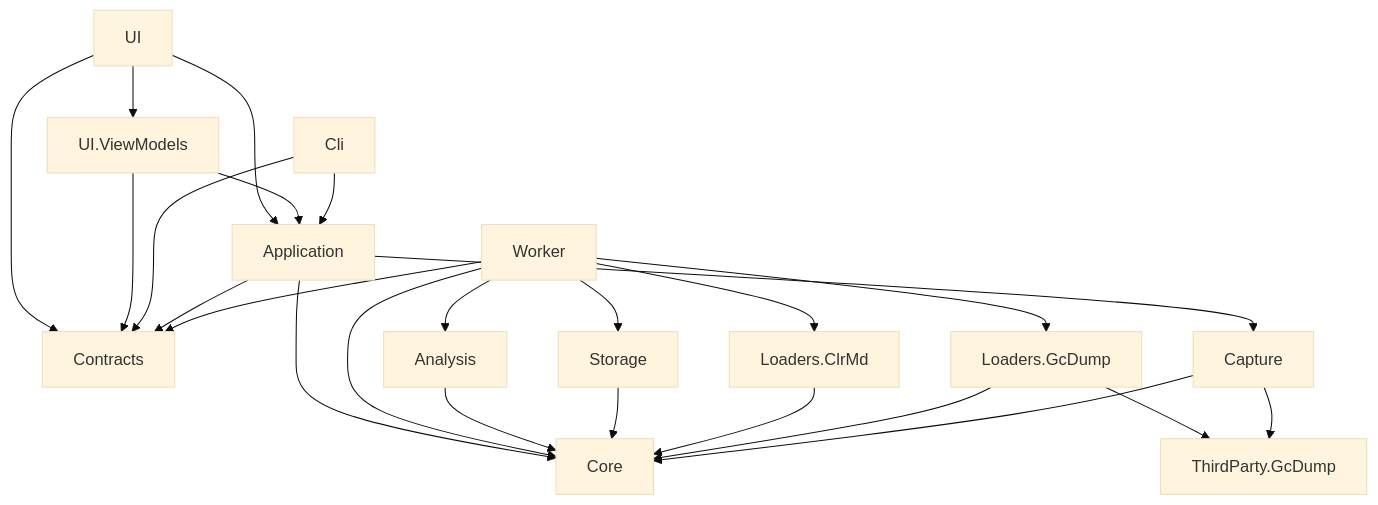
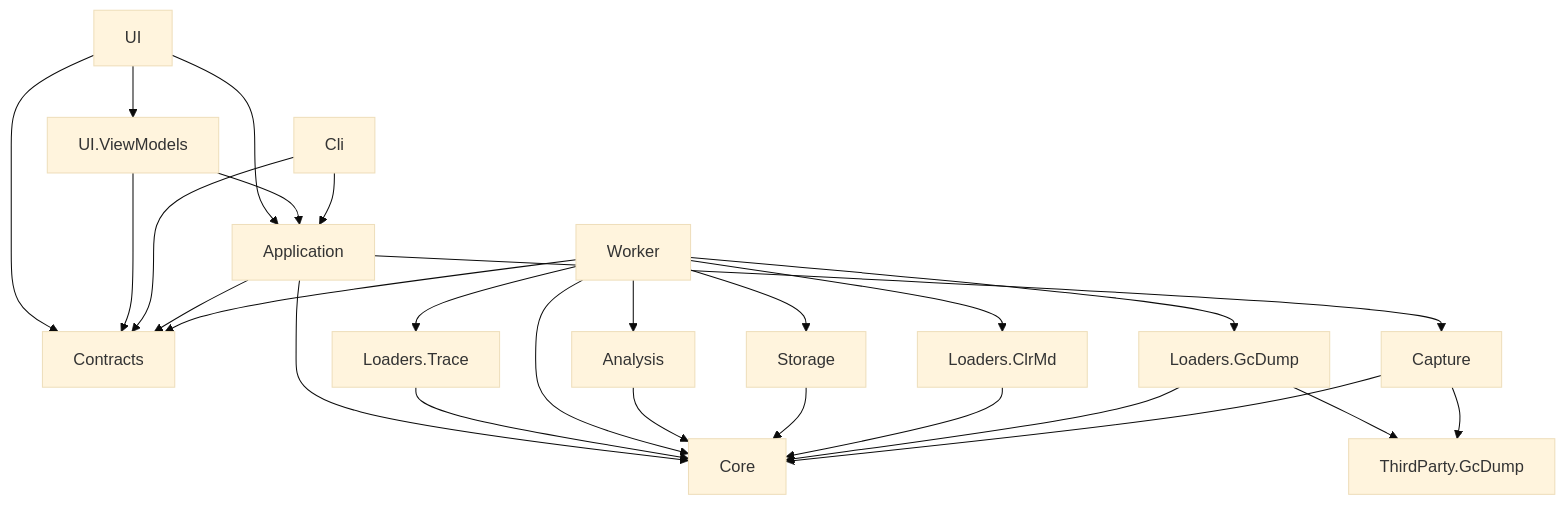
One commit to rklundt/HeapScope changed the second of 2 diagrams in docs/ARCHITECTURE.md. Above: the diagram before and after it, drawn with Mermaid (base theme). The commit also changed other lines of this file and 7 other files, not shown here.

````diff
--- a/docs/ARCHITECTURE.md
+++ b/docs/ARCHITECTURE.md
@@ -343,26 +359,28 @@
 ```mermaid
 flowchart TD
     UI[UI] --> VM[UI.ViewModels]
     UI --> App[Application]
     UI --> Con[Contracts]
     VM --> App
     VM --> Con
     Cli[Cli] --> App
     Cli --> Con
     App --> Con
     App --> Cap[Capture]
     App --> Core
     Wk[Worker] --> Con
     Wk --> Ana[Analysis]
     Wk --> Sto[Storage]
     Wk --> LC[Loaders.ClrMd]
     Wk --> LG[Loaders.GcDump]
+    Wk --> LT[Loaders.Trace]
+    LT --> Core
     LG --> TP[ThirdParty.GcDump]
     Cap --> TP
     Wk --> Core
     Ana --> Core
     Sto --> Core
     LC --> Core
     LG --> Core
     Cap --> Core
 ```
````
